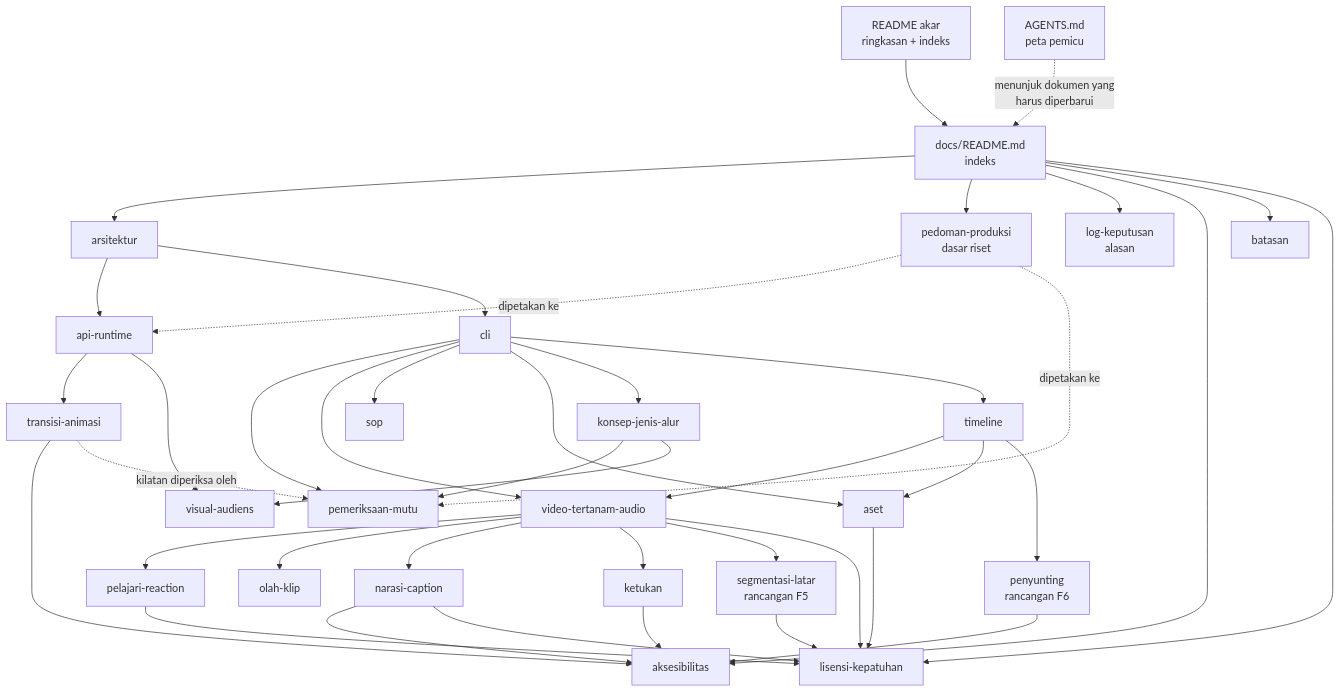
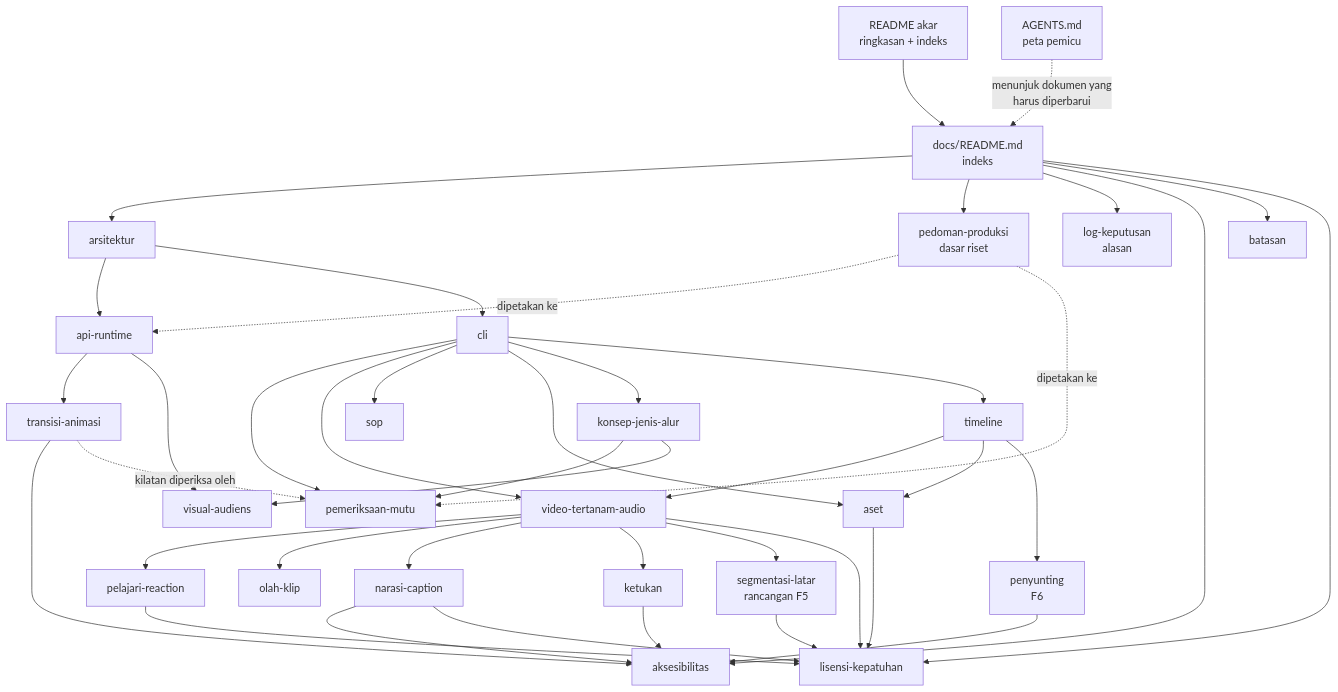
Before and after one commit to ahliweb/awvd: the diagram in docs/README.md, drawn with Mermaid. The commit also changed other lines of this file and 4 other files, not shown here.

Commit message:
docs: penyunting baca-saja (#54): README, indeks, roadmap, log keputusan, CHANGELOG

````diff
--- a/docs/README.md
+++ b/docs/README.md
@@ -47,43 +47,43 @@
 ```mermaid
 flowchart TD
     R[README akar<br/>ringkasan + indeks] --> I[docs/README.md<br/>indeks]
     I --> A[arsitektur]
     A --> API[api-runtime]
     API --> TRA[transisi-animasi]
     A --> CLI[cli]
     CLI --> QC[pemeriksaan-mutu]
     CLI --> KLP[video-tertanam-audio]
     KLP --> PLJ[pelajari-reaction]
     KLP --> OLH[olah-klip]
     KLP --> NAR[narasi-caption]
     NAR --> AKS
     KLP --> KET[ketukan]
     KET --> AKS
     NAR --> LIS
     PLJ --> LIS
     CLI --> SOP[sop]
     CLI --> ASET[aset]
     ASET --> LIS
     CLI --> KON[konsep-jenis-alur]
     KON --> QC
     CLI --> TML[timeline]
     TML --> KLP
     TML --> ASET
     KLP --> SEG[segmentasi-latar<br/>rancangan F5]
     SEG --> LIS
-    TML --> PNY[penyunting<br/>rancangan F6]
+    TML --> PNY[penyunting<br/>F6]
     PNY --> AKS
     KON --> VIS[visual-audiens]
     API --> VIS
     I --> PP[pedoman-produksi<br/>dasar riset]
     I --> LK[log-keputusan<br/>alasan]
     I --> AKS[aksesibilitas]
     TRA --> AKS
     I --> BAT[batasan]
     I --> LIS[lisensi-kepatuhan]
     KLP --> LIS
     PP -.->|dipetakan ke| API
     PP -.->|dipetakan ke| QC
     TRA -.->|kilatan diperiksa oleh| QC
     AG[AGENTS.md<br/>peta pemicu] -.->|menunjuk dokumen yang<br/>harus diperbarui| I
 ```
````
